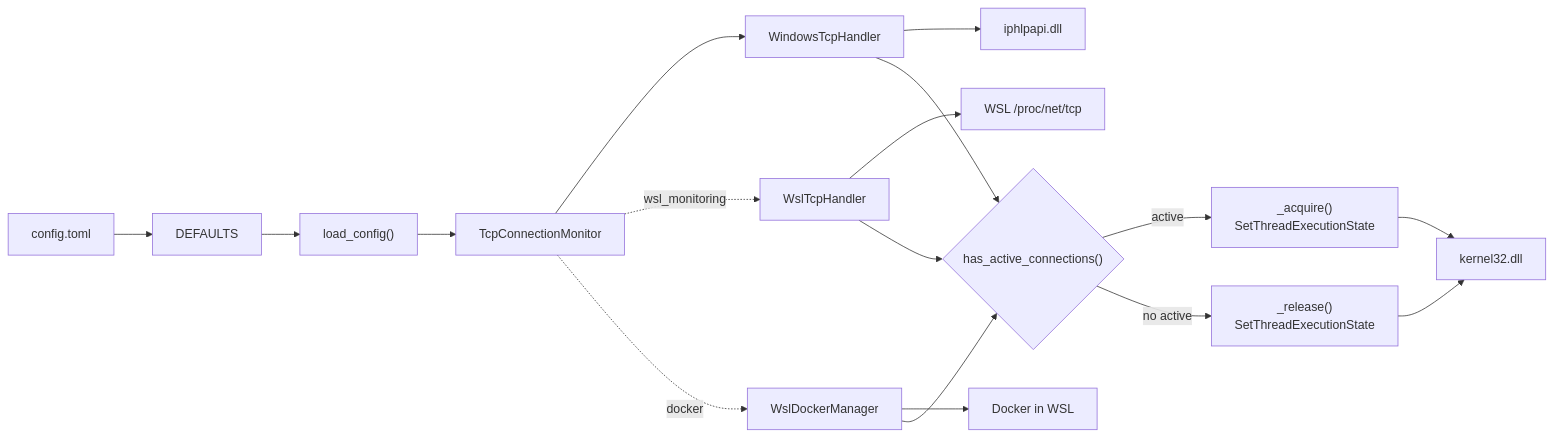
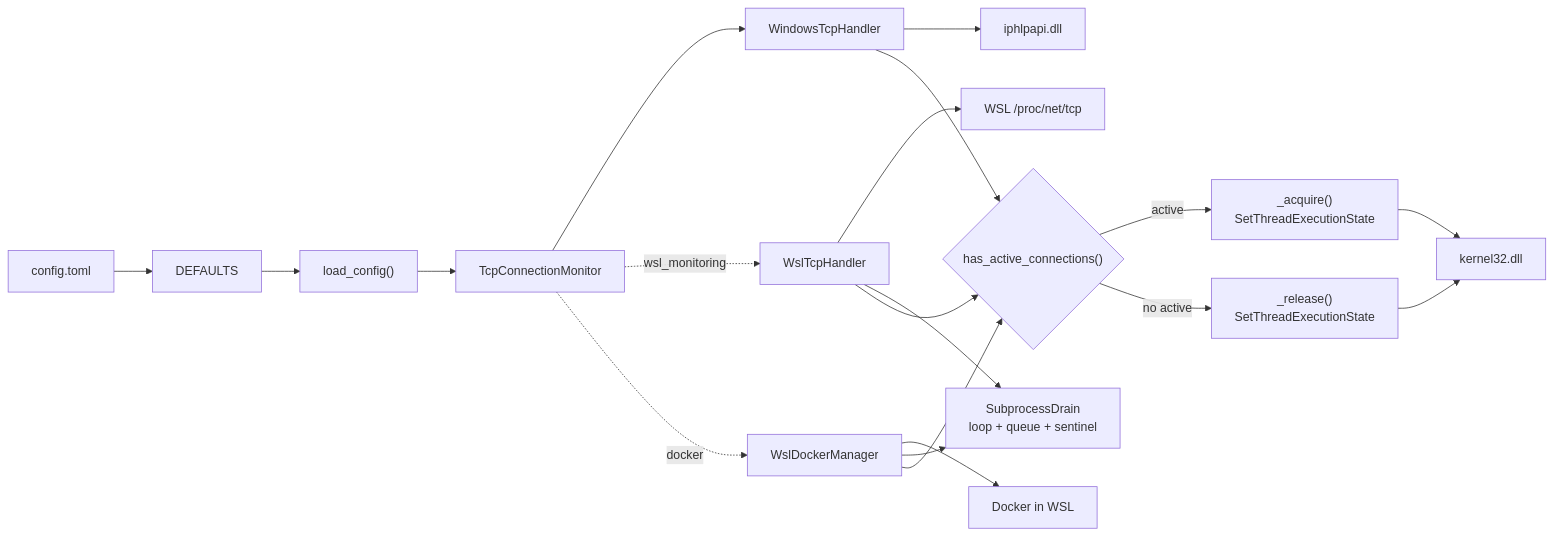
One commit to JonathanKChang/llm_wakelock_windows changed the second of 2 diagrams in docs/component-diagram.md. Above: the diagram before and after it, drawn with Mermaid. The commit also changed other lines of this file and 3 other files, not shown here.

First line of the commit message:
docs: update all diagrams for SubprocessDrain architecture

````diff
--- a/docs/component-diagram.md
+++ b/docs/component-diagram.md
@@ -99,24 +116,27 @@
 ```mermaid
 flowchart LR
     ConfigFile["config.toml"] --> Defaults["DEFAULTS"]
     Defaults --> ConfigLoader["load_config()"]
     ConfigLoader --> Monitor["TcpConnectionMonitor"]
 
     Monitor --> WinHandler["WindowsTcpHandler"]
     Monitor -. wsl_monitoring .-> WslHandler["WslTcpHandler"]
     Monitor -. docker .-> DockerMgr["WslDockerManager"]
 
     WinHandler --> Iphlpapi["iphlpapi.dll"]
     WslHandler --> WSL["WSL /proc/net/tcp"]
     DockerMgr --> Docker["Docker in WSL"]
 
+    WslHandler --> Drain["SubprocessDrain<br/>loop + queue + sentinel"]
+    DockerMgr --> Drain
+
     WinHandler --> ActiveCheck{"has_active_connections()"}
     WslHandler --> ActiveCheck
     DockerMgr --> ActiveCheck
 
     ActiveCheck --> |"active"| Acquire["_acquire()\nSetThreadExecutionState"]
     ActiveCheck --> |"no active"| Release["_release()\nSetThreadExecutionState"]
 
     Acquire --> Kernel32["kernel32.dll"]
     Release --> Kernel32
 ```
````
